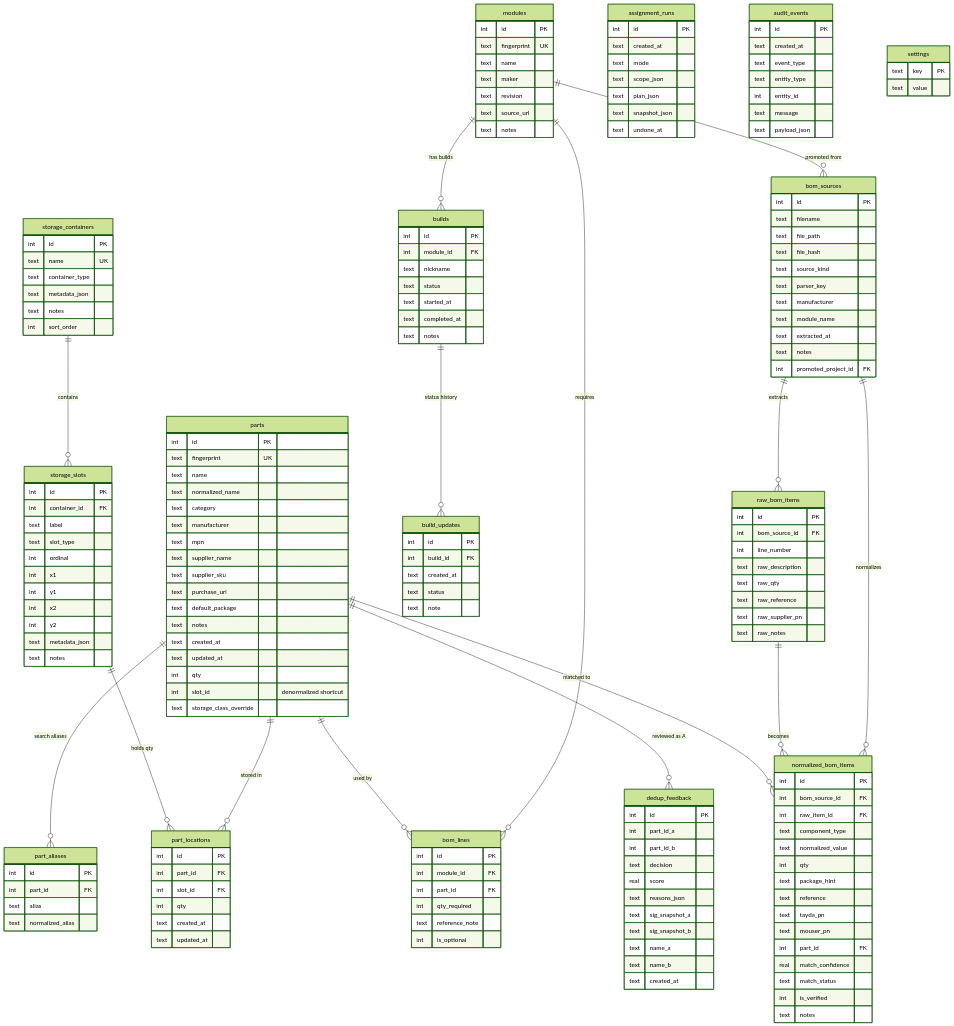
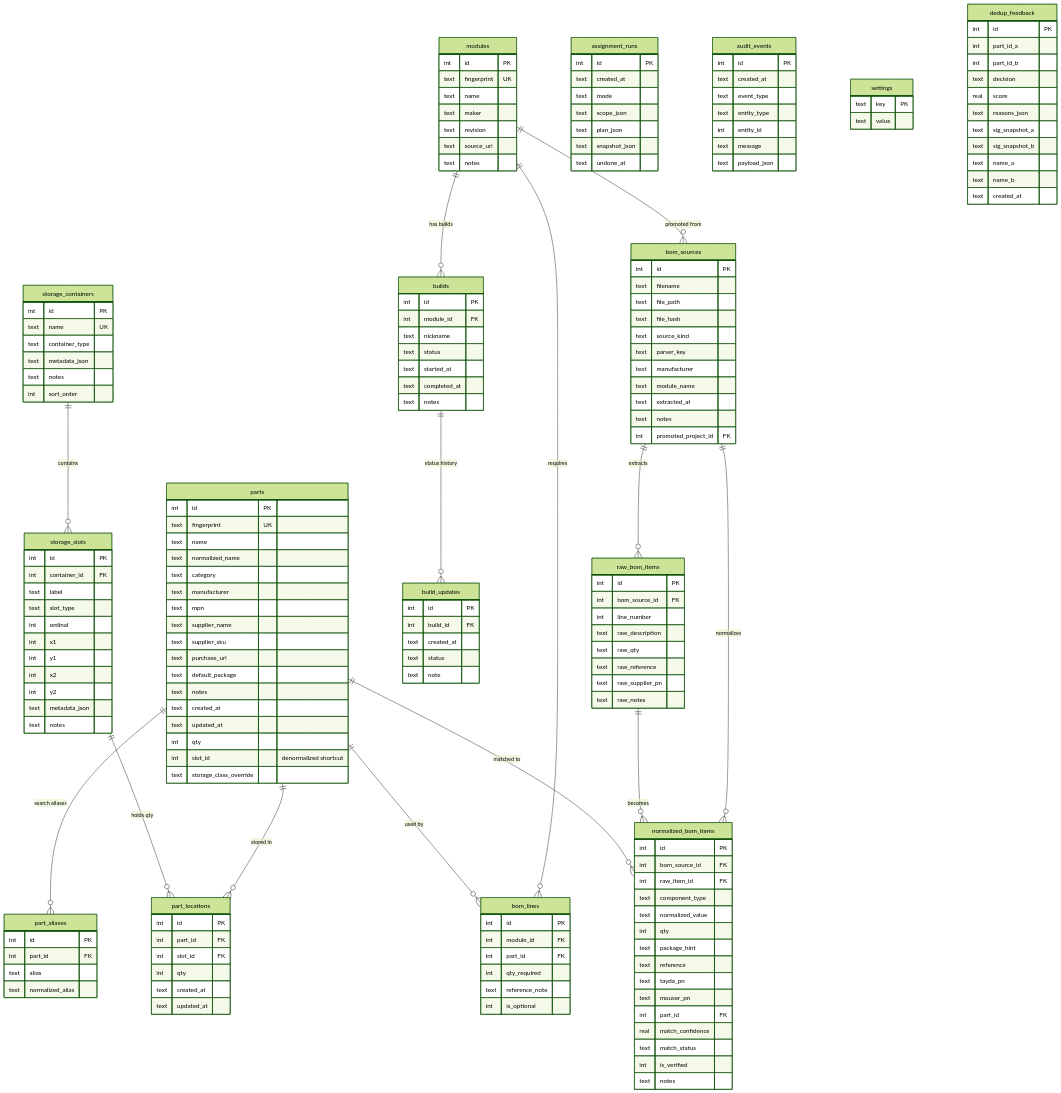
The diagram in docs/DATABASE_DESIGN.md (PleatherStarfish/simple-diy-electronics-inventory), drawn with Mermaid (forest theme) before and after one commit. The commit also changed other lines of this file and 1 other file, not shown here.

Commit message:
refactor: Clarify service descriptions in architecture and database design documents

```diff
--- a/docs/DATABASE_DESIGN.md
+++ b/docs/DATABASE_DESIGN.md
@@ -49,8 +49,6 @@
     bom_sources ||--o{ normalized_bom_items : "normalizes"
     raw_bom_items ||--o{ normalized_bom_items : "becomes"
     parts ||--o{ normalized_bom_items : "matched to"
-
-    parts ||--o{ dedup_feedback : "reviewed as A"
 
     parts {
         int id PK
```
